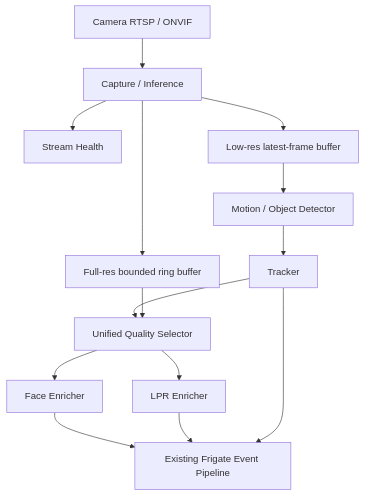
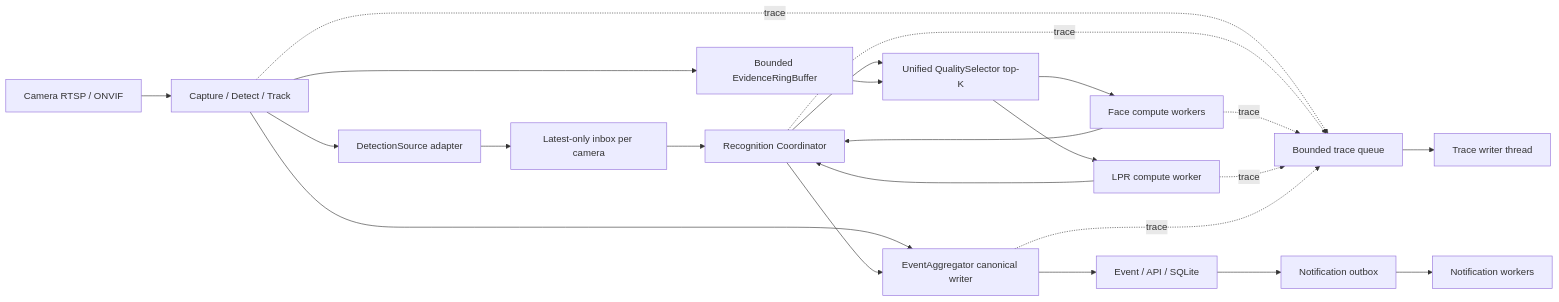
One commit to Kira7dn/ComputerVision changed the diagram in docs/architecture/Platform.md. Above: the diagram before and after it, drawn with Mermaid. The commit also changed other lines of this file and 34 other files, not shown here.

````diff
--- a/docs/architecture/Platform.md
+++ b/docs/architecture/Platform.md
@@ -80,28 +87,32 @@
 ```mermaid
-flowchart TB
+flowchart LR
     Camera[Camera RTSP / ONVIF]
-    Agent[Capture / Inference]
-    Health[Stream Health]
-    DetectBuffer[Low-res latest-frame buffer]
-    EvidenceBuffer[Full-res bounded ring buffer]
-    Detector[Motion / Object Detector]
-    Tracker[Tracker]
-    Selector[Unified Quality Selector]
-    Face[Face Enricher]
-    LPR[LPR Enricher]
-    Output[Existing Frigate Event Pipeline]
+    Detect[Capture / Detect / Track]
+    Source[DetectionSource adapter]
+    Inbox[Latest-only inbox per camera]
+    Coordinator[Recognition Coordinator]
+    Evidence[Bounded EvidenceRingBuffer]
+    Selector[Unified QualitySelector top-K]
+    Face[Face compute workers]
+    LPR[LPR compute worker]
+    Event[EventAggregator canonical writer]
+    Database[Event / API / SQLite]
+    Outbox[Notification outbox]
+    Notify[Notification workers]
+    TraceQueue[Bounded trace queue]
+    TraceWriter[Trace writer thread]
 
-    Camera --> Agent
-    Agent --> Health
-    Agent --> DetectBuffer
-    Agent --> EvidenceBuffer
-    DetectBuffer --> Detector
-    Detector --> Tracker
-    Tracker --> Selector
-    EvidenceBuffer --> Selector
-    Selector --> Face
-    Selector --> LPR
-    Face --> Output
-    LPR --> Output
-    Tracker --> Output
+    Camera --> Detect --> Source --> Inbox --> Coordinator
+    Detect --> Evidence
+    Detect --> Event
+    Coordinator --> Selector
+    Evidence --> Selector
+    Selector --> Face --> Coordinator
+    Selector --> LPR --> Coordinator
+    Coordinator --> Event --> Database --> Outbox --> Notify
+    Detect -. trace .-> TraceQueue
+    Coordinator -. trace .-> TraceQueue
+    Face -. trace .-> TraceQueue
+    LPR -. trace .-> TraceQueue
+    Event -. trace .-> TraceQueue --> TraceWriter
 ```
````
